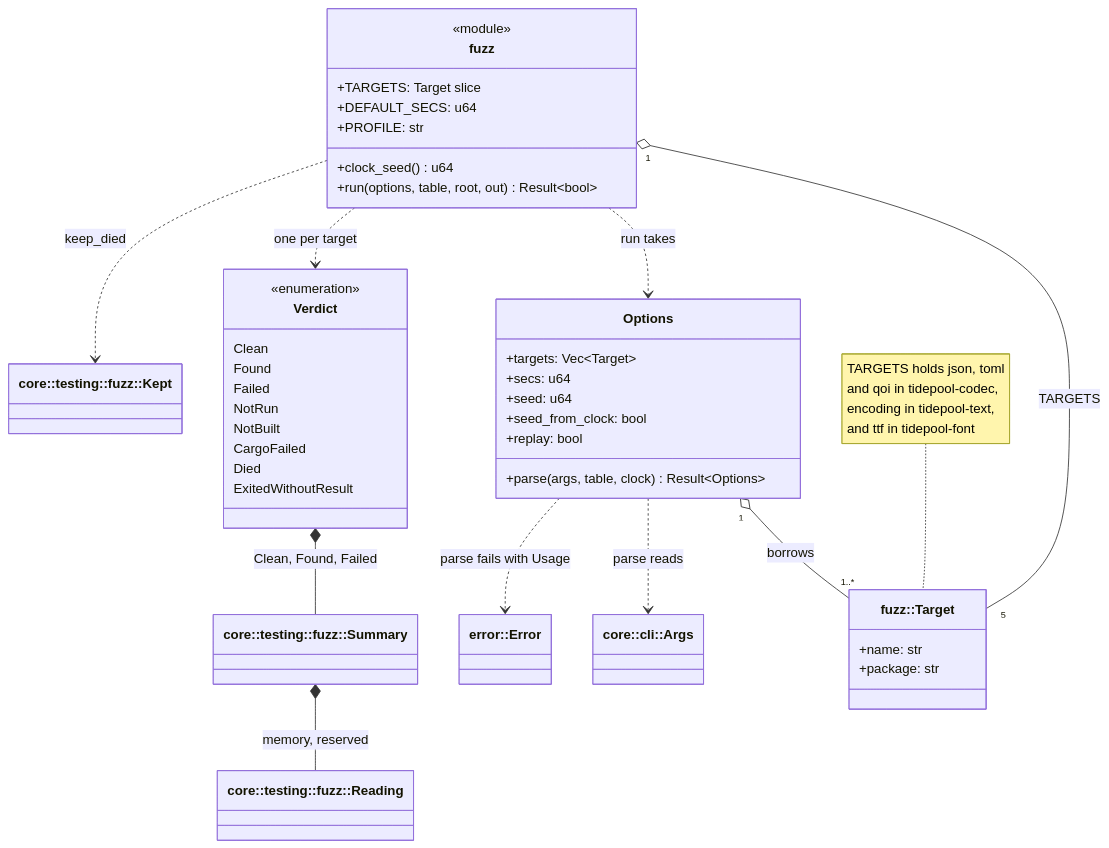
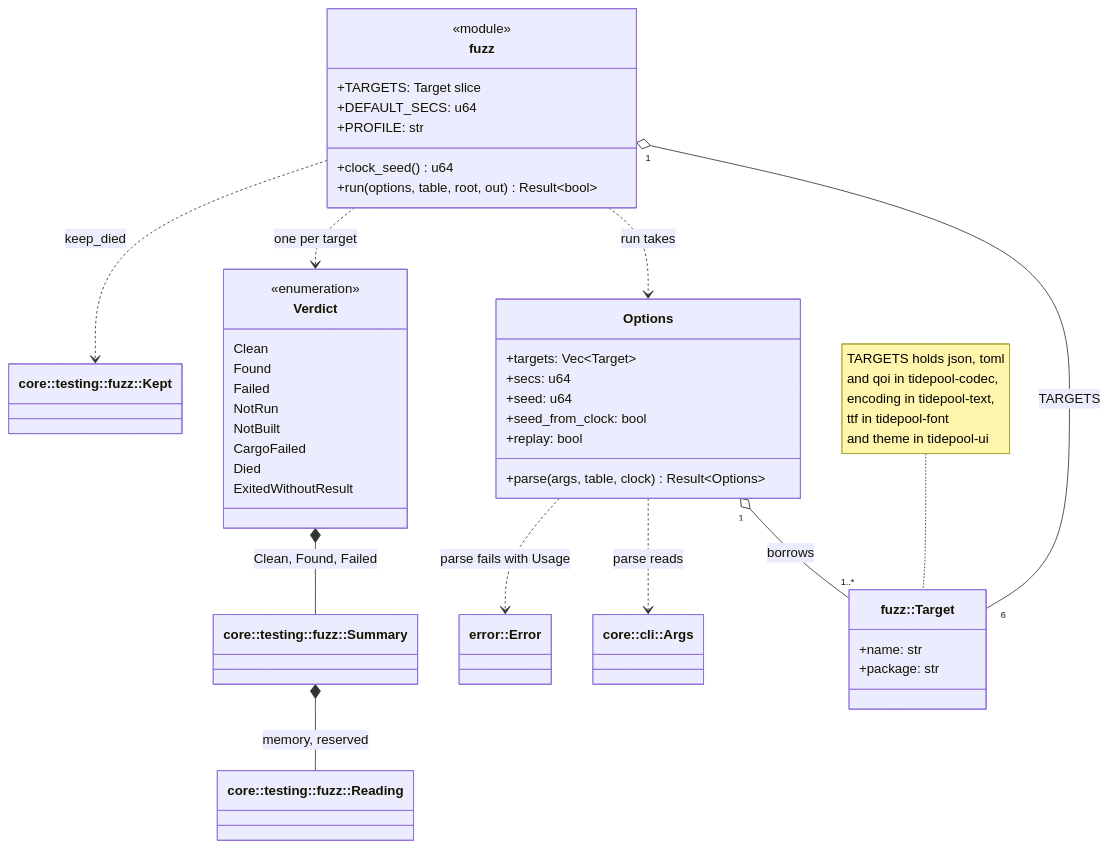
One commit to jabbott-iii/Tidepool changed diagram 28 of 45 in diagrams/class-diagrams.md. Above: the diagram before and after it, drawn with Mermaid. The commit also changed other lines of this file and 50 other files, not shown here.

````diff
--- a/diagrams/class-diagrams.md
+++ b/diagrams/class-diagrams.md
@@ -2146,50 +2150,50 @@
 ```mermaid
 classDiagram
     direction TB
     class SmokeFns["fuzz"] {
         <<module>>
         +TARGETS: Target slice
         +DEFAULT_SECS: u64
         +PROFILE: str
         +clock_seed() u64
         +run(options, table, root, out) Result~bool~
     }
     class SmokeTarget["fuzz::Target"] {
         +name: str
         +package: str
     }
     class Options {
         +targets: Vec~Target~
         +secs: u64
         +seed: u64
         +seed_from_clock: bool
         +replay: bool
         +parse(args, table, clock) Result~Options~
     }
     class Verdict {
         <<enumeration>>
         Clean
         Found
         Failed
         NotRun
         NotBuilt
         CargoFailed
         Died
         ExitedWithoutResult
     }
     class Args["core::cli::Args"]
     class Summary["core::testing::fuzz::Summary"]
     class Reading["core::testing::fuzz::Reading"]
     class Kept["core::testing::fuzz::Kept"]
     class XtaskError["error::Error"]
-    SmokeFns "1" o-- "5" SmokeTarget : TARGETS
+    SmokeFns "1" o-- "6" SmokeTarget : TARGETS
     Options "1" o-- "1..*" SmokeTarget : borrows
     Options ..> Args : parse reads
     Options ..> XtaskError : parse fails with Usage
     SmokeFns ..> Options : run takes
     SmokeFns ..> Verdict : one per target
     Verdict *-- Summary : Clean, Found, Failed
     Summary *-- Reading : memory, reserved
     SmokeFns ..> Kept : keep_died
-    note for SmokeTarget "TARGETS holds json, toml<br/>and qoi in tidepool-codec,<br/>encoding in tidepool-text,<br/>and ttf in tidepool-font"
+    note for SmokeTarget "TARGETS holds json, toml<br/>and qoi in tidepool-codec,<br/>encoding in tidepool-text,<br/>ttf in tidepool-font<br/>and theme in tidepool-ui"
 ```
````
